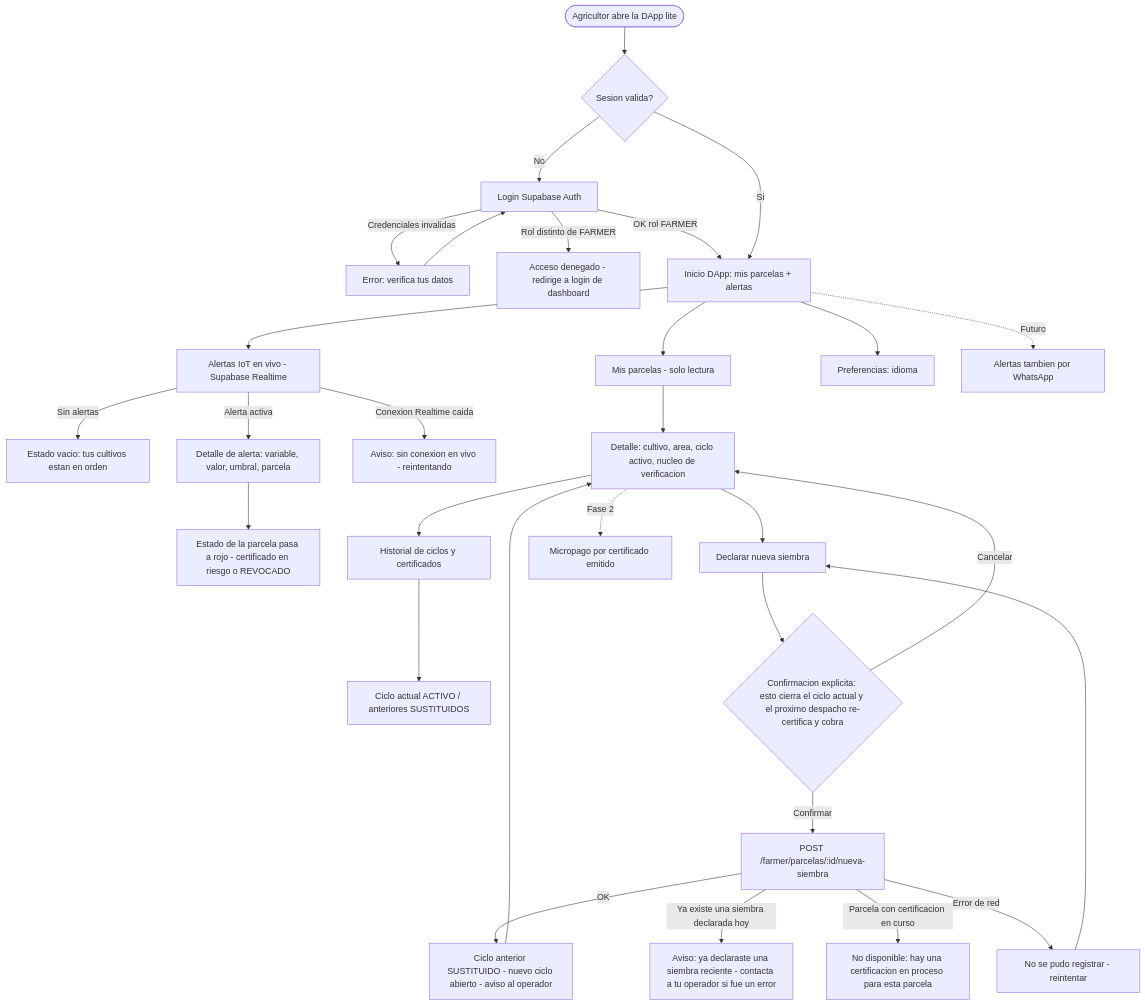
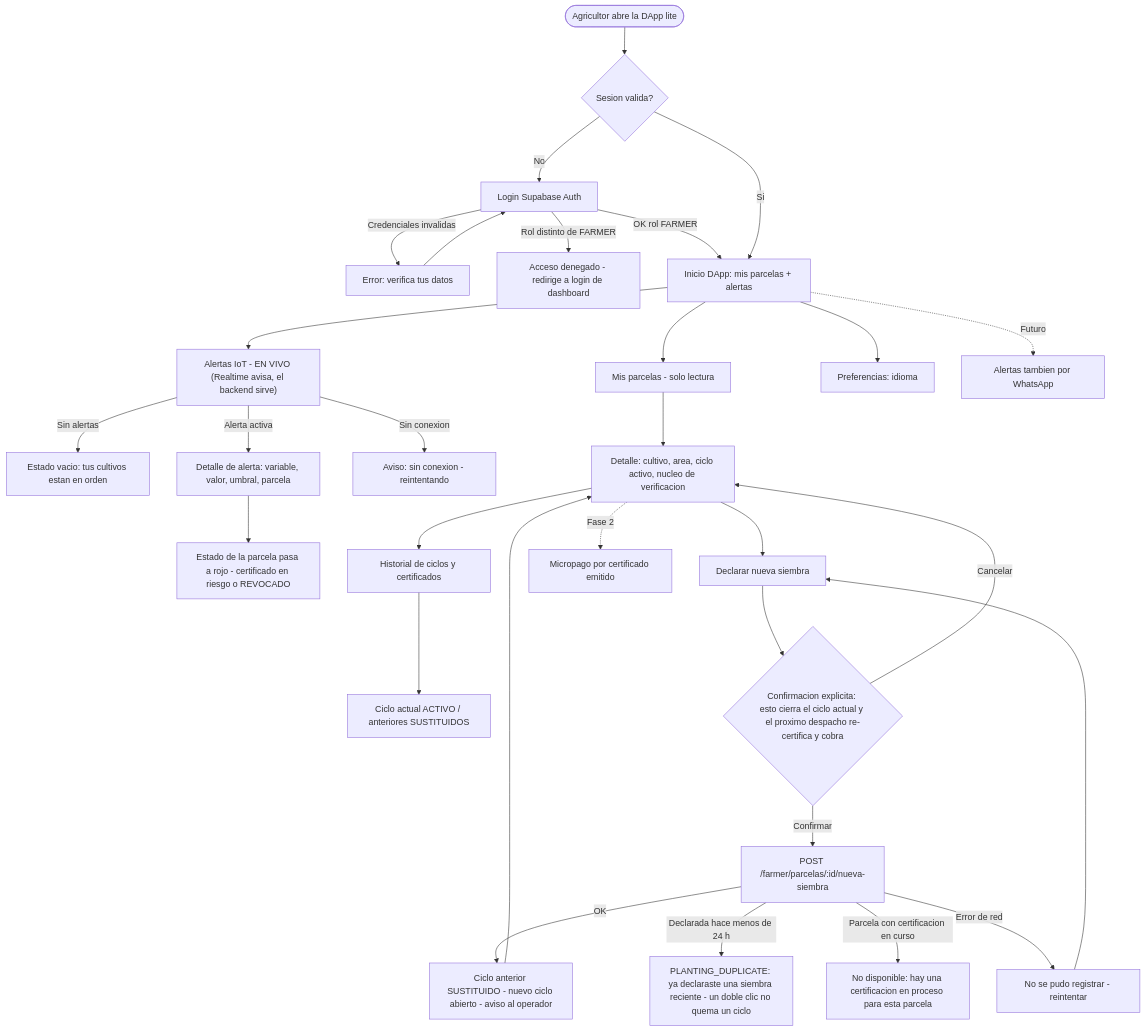
One commit to devlabx3/GroundTruth changed the second of 4 diagrams in docs/producto/GroundTruth-Casos-de-Uso-por-Rol.md. Above: the diagram before and after it, drawn with Mermaid. The commit also changed other lines of this file and 335 other files, not shown here.

````diff
--- a/docs/producto/GroundTruth-Casos-de-Uso-por-Rol.md
+++ b/docs/producto/GroundTruth-Casos-de-Uso-por-Rol.md
@@ -146,36 +156,36 @@
 ```mermaid
 flowchart TD
     A(["Agricultor abre la DApp lite"]) --> L{"Sesion valida?"}
     L -->|No| L1["Login Supabase Auth"]
     L1 -->|Credenciales invalidas| L1e["Error: verifica tus datos"]
     L1e --> L1
     L1 -->|Rol distinto de FARMER| L1r["Acceso denegado - redirige a login de dashboard"]
     L1 -->|OK rol FARMER| H
     L -->|Si| H["Inicio DApp: mis parcelas + alertas"]
 
-    H --> AL["Alertas IoT en vivo - Supabase Realtime"]
+    H --> AL["Alertas IoT - EN VIVO (Realtime avisa, el backend sirve)"]
     AL -->|Sin alertas| AL0["Estado vacio: tus cultivos estan en orden"]
     AL -->|Alerta activa| AL1["Detalle de alerta: variable, valor, umbral, parcela"]
     AL1 --> AL2["Estado de la parcela pasa a rojo - certificado en riesgo o REVOCADO"]
-    AL -->|Conexion Realtime caida| ALe["Aviso: sin conexion en vivo - reintentando"]
+    AL -->|Sin conexion| ALe["Aviso: sin conexion - reintentando"]
 
     H --> P["Mis parcelas - solo lectura"]
     P --> P1["Detalle: cultivo, area, ciclo activo, nucleo de verificacion"]
     P1 --> HIS["Historial de ciclos y certificados"]
     HIS --> HIS1["Ciclo actual ACTIVO / anteriores SUSTITUIDOS"]
 
     P1 --> NS["Declarar nueva siembra"]
     NS --> NSC{"Confirmacion explicita: esto cierra el ciclo actual y el proximo despacho re-certifica y cobra"}
     NSC -->|Cancelar| P1
     NSC -->|Confirmar| NSX["POST /farmer/parcelas/:id/nueva-siembra"]
     NSX -->|OK| NSok["Ciclo anterior SUSTITUIDO - nuevo ciclo abierto - aviso al operador"]
     NSok --> P1
-    NSX -->|Ya existe una siembra declarada hoy| NSdup["Aviso: ya declaraste una siembra reciente - contacta a tu operador si fue un error"]
+    NSX -->|Declarada hace menos de 24 h| NSdup["PLANTING_DUPLICATE: ya declaraste una siembra reciente - un doble clic no quema un ciclo"]
     NSX -->|Parcela con certificacion en curso| NSlock["No disponible: hay una certificacion en proceso para esta parcela"]
     NSX -->|Error de red| NSerr["No se pudo registrar - reintentar"]
     NSerr --> NS
 
     H --> CFG["Preferencias: idioma"]
     H -.->|Futuro| W["Alertas tambien por WhatsApp"]
     P1 -.->|Fase 2| MP["Micropago por certificado emitido"]
 ```
````
